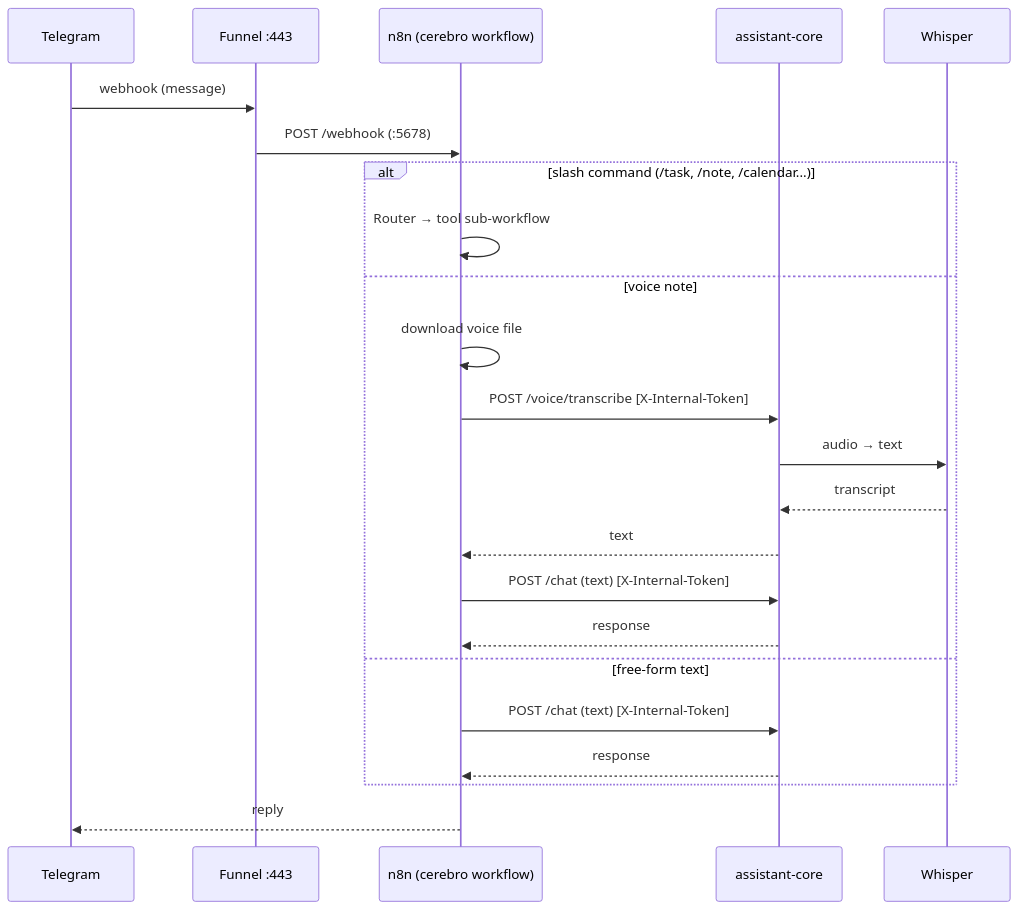
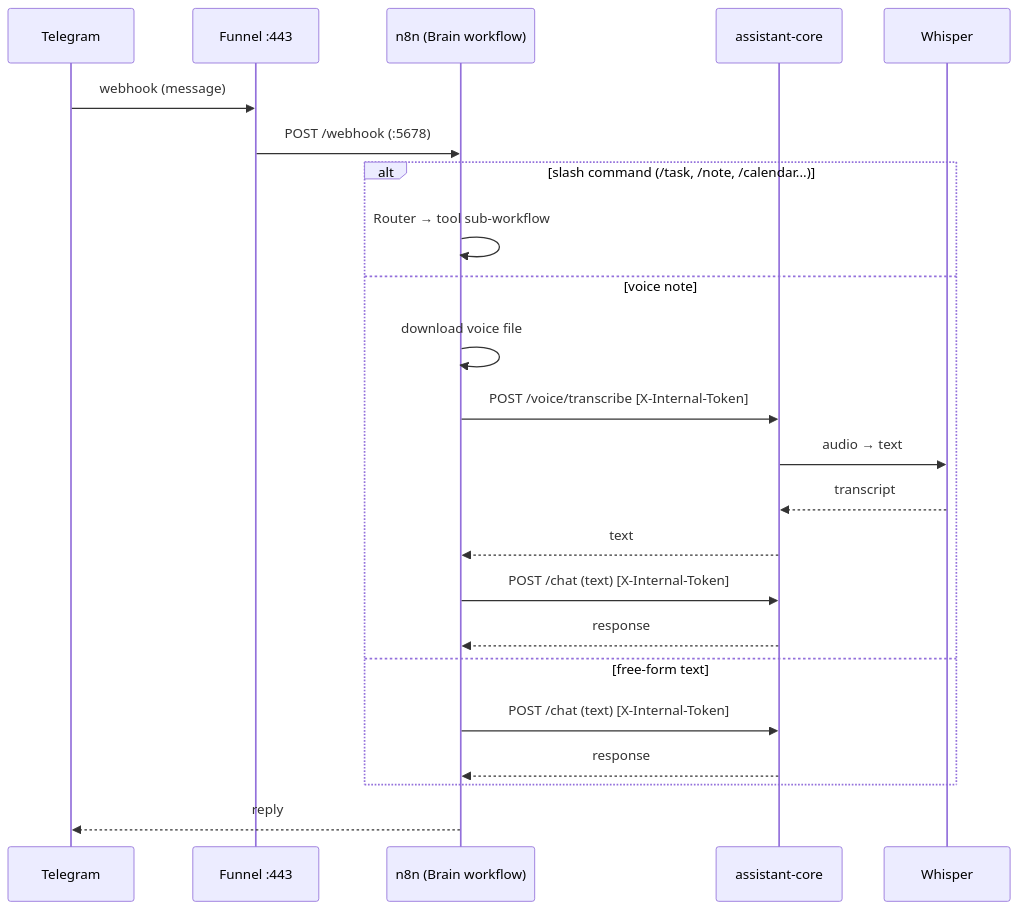
One commit to SethSterling22/Productivity_Tools changed the fourth of 10 diagrams in docs/ARCHITECTURE.md. Above: the diagram before and after it, drawn with Mermaid. The commit also changed other lines of this file and 9 other files, not shown here.

````diff
--- a/docs/ARCHITECTURE.md
+++ b/docs/ARCHITECTURE.md
@@ -150,25 +150,25 @@
 ```mermaid
 sequenceDiagram
   participant TG as Telegram
   participant F as Funnel :443
-  participant N as n8n (cerebro workflow)
+  participant N as n8n (Brain workflow)
   participant AC as assistant-core
   participant W as Whisper
   TG->>F: webhook (message)
   F->>N: POST /webhook (:5678)
   alt slash command (/task, /note, /calendar...)
     N->>N: Router → tool sub-workflow
   else voice note
     N->>N: download voice file
     N->>AC: POST /voice/transcribe [X-Internal-Token]
     AC->>W: audio → text
     W-->>AC: transcript
     AC-->>N: text
     N->>AC: POST /chat (text) [X-Internal-Token]
     AC-->>N: response
   else free-form text
     N->>AC: POST /chat (text) [X-Internal-Token]
     AC-->>N: response
   end
   N-->>TG: reply
 ```
````
